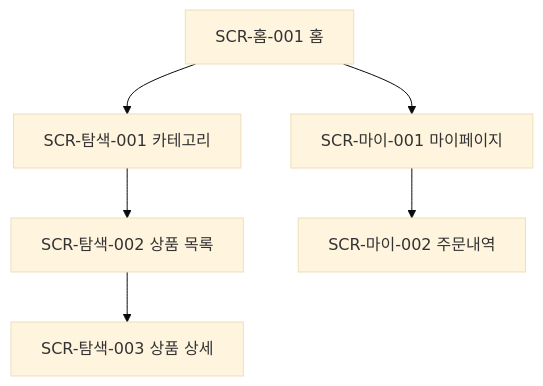
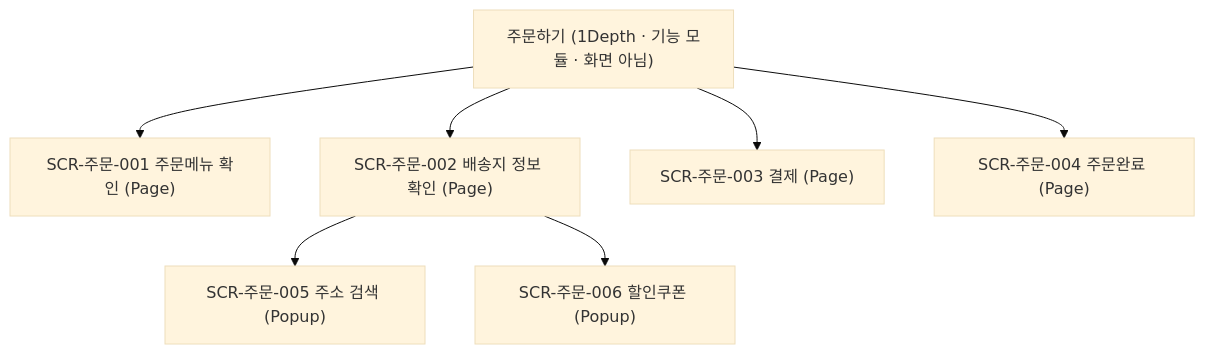
Before and after one commit to myDdoDdomi/agents-zip: the diagram in docs_agents/templates/정보구조도-IA.md, drawn with Mermaid (base theme). The commit also changed other lines of this file and 63 other files, not shown here.

````diff
--- a/docs_agents/templates/정보구조도-IA.md
+++ b/docs_agents/templates/정보구조도-IA.md
@@ -13,9 +53,10 @@
 ```mermaid
 graph TD
-    HOME["SCR-홈-001 홈"]
-    HOME --> A["SCR-탐색-001 카테고리"]
-    HOME --> B["SCR-마이-001 마이페이지"]
-    A --> A1["SCR-탐색-002 상품 목록"]
-    A1 --> A2["SCR-탐색-003 상품 상세"]
-    B --> B1["SCR-마이-002 주문내역"]
+    ORDER["주문하기 (1Depth · 기능 모듈 · 화면 아님)"]
+    ORDER --> S1["SCR-주문-001 주문메뉴 확인 (Page)"]
+    ORDER --> S2["SCR-주문-002 배송지 정보 확인 (Page)"]
+    ORDER --> S3["SCR-주문-003 결제 (Page)"]
+    ORDER --> S4["SCR-주문-004 주문완료 (Page)"]
+    S2 --> P1["SCR-주문-005 주소 검색 (Popup)"]
+    S2 --> P2["SCR-주문-006 할인쿠폰 (Popup)"]
 ```
````
